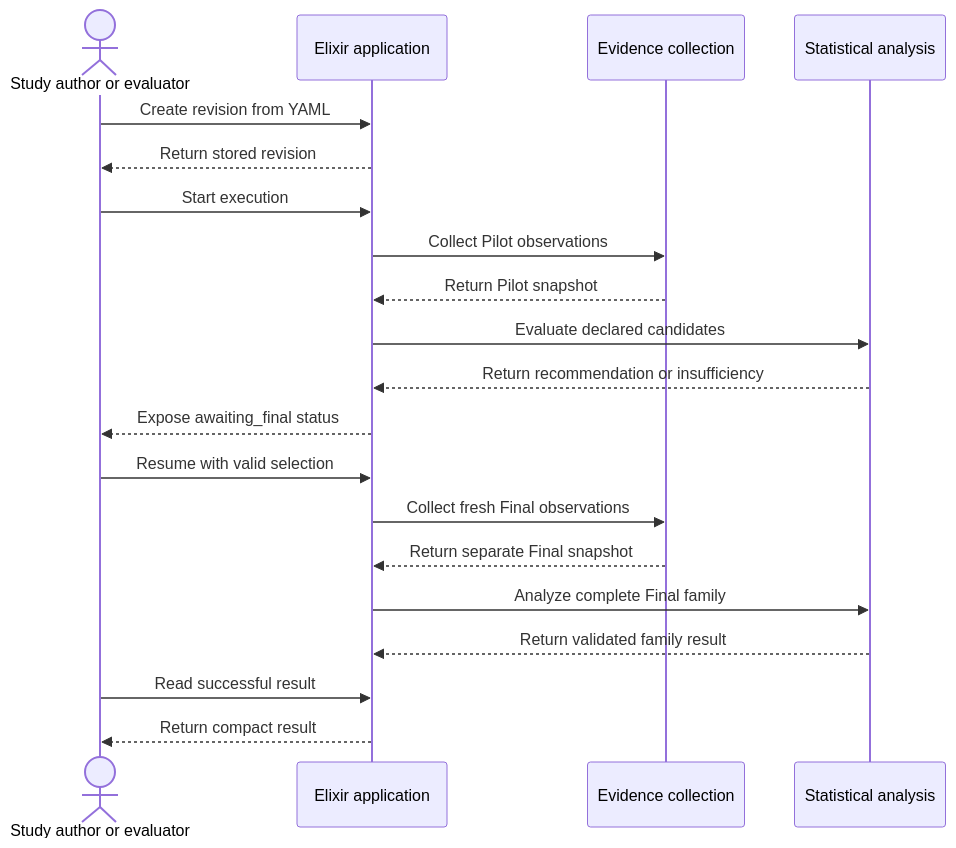
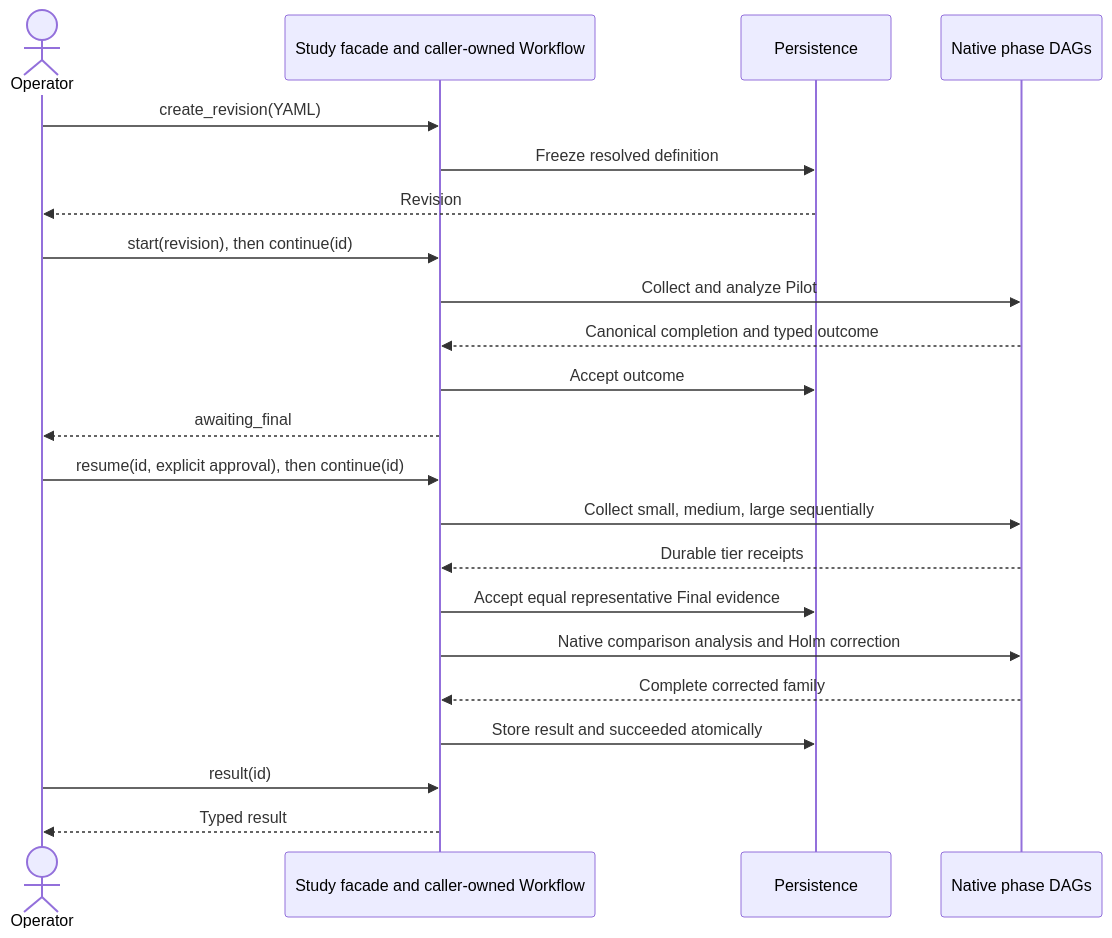
Before and after one commit to michalo1334/master_thesis: the first of 2 diagrams in docs/concepts/evaluation-study-overview.md, drawn with Mermaid. The commit also changed other lines of this file and 41 other files, not shown here.

Commit message:
docs: refresh native Evaluation2 study guidance

````diff
--- a/docs/concepts/evaluation-study-overview.md
+++ b/docs/concepts/evaluation-study-overview.md
@@ -36,22 +43,24 @@
 ```mermaid
 sequenceDiagram
-    actor Author as Study author or evaluator
-    participant App as Elixir application
-    participant Evidence as Evidence collection
-    participant Analysis as Statistical analysis
-    Author->>App: Create revision from YAML
-    App-->>Author: Return stored revision
-    Author->>App: Start execution
-    App->>Evidence: Collect Pilot observations
-    Evidence-->>App: Return Pilot snapshot
-    App->>Analysis: Evaluate declared candidates
-    Analysis-->>App: Return recommendation or insufficiency
-    App-->>Author: Expose awaiting_final status
-    Author->>App: Resume with valid selection
-    App->>Evidence: Collect fresh Final observations
-    Evidence-->>App: Return separate Final snapshot
-    App->>Analysis: Analyze complete Final family
-    Analysis-->>App: Return validated family result
-    Author->>App: Read successful result
-    App-->>Author: Return compact result
+    actor Operator
+    participant Study as Study facade and caller-owned Workflow
+    participant Store as Persistence
+    participant Gust as Native phase DAGs
+    Operator->>Study: create_revision(YAML)
+    Study->>Store: Freeze resolved definition
+    Store-->>Operator: Revision
+    Operator->>Study: start(revision), then continue(id)
+    Study->>Gust: Collect and analyze Pilot
+    Gust-->>Study: Canonical completion and typed outcome
+    Study->>Store: Accept outcome
+    Study-->>Operator: awaiting_final
+    Operator->>Study: resume(id, explicit approval), then continue(id)
+    Study->>Gust: Collect small, medium, large sequentially
+    Gust-->>Study: Durable tier receipts
+    Study->>Store: Accept equal representative Final evidence
+    Study->>Gust: Native comparison analysis and Holm correction
+    Gust-->>Study: Complete corrected family
+    Study->>Store: Store result and succeeded atomically
+    Operator->>Study: result(id)
+    Study-->>Operator: Typed result
 ```
````
